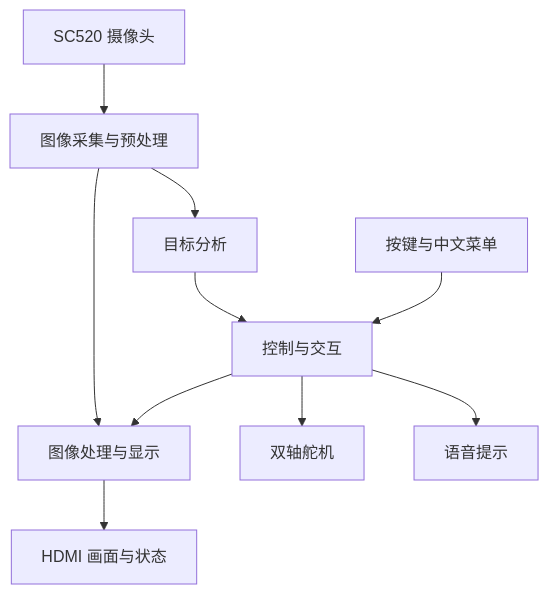
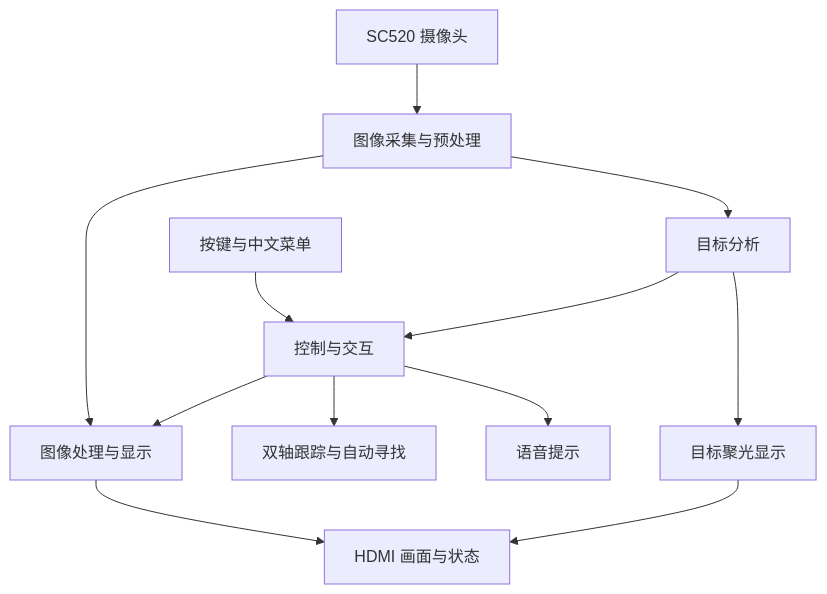
One commit to liunianwangyu/Anlogic-PH1P35A-FPGA-sc520 changed the diagram in README.md. Above: the diagram before and after it, drawn with Mermaid. The commit also changed other lines of this file and 1 other file, not shown here.

````diff
--- a/README.md
+++ b/README.md
@@ -42,12 +44,14 @@
 ```mermaid
 flowchart TD
     A[SC520 摄像头] --> B[图像采集与预处理]
     B --> C[图像处理与显示]
     B --> D[目标分析]
     D --> E[控制与交互]
     F[按键与中文菜单] --> E
     E --> C
     C --> G[HDMI 画面与状态]
-    E --> H[双轴舵机]
+    E --> H[双轴跟踪与自动寻找]
+    D --> J[目标聚光显示]
+    J --> G
     E --> I[语音提示]
 ```
````
